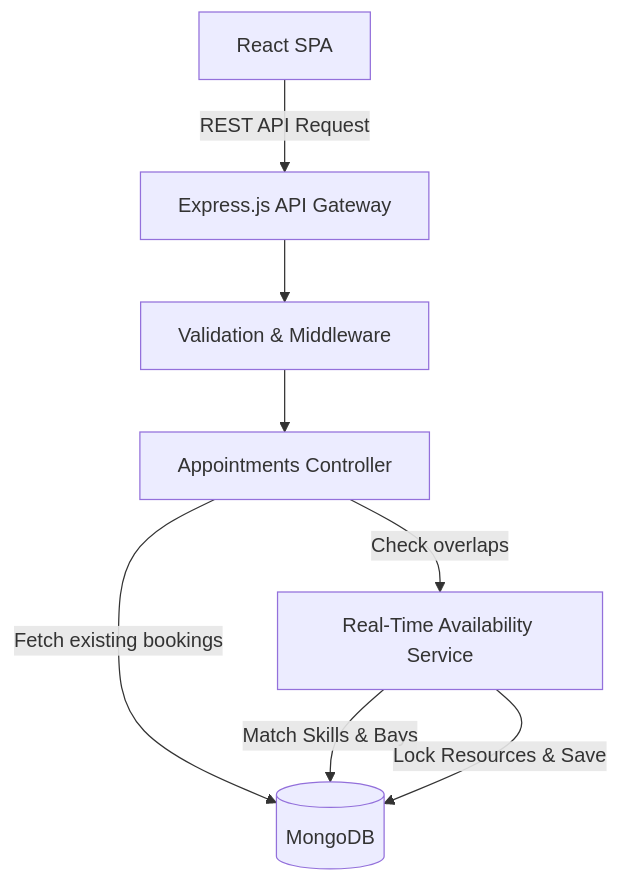
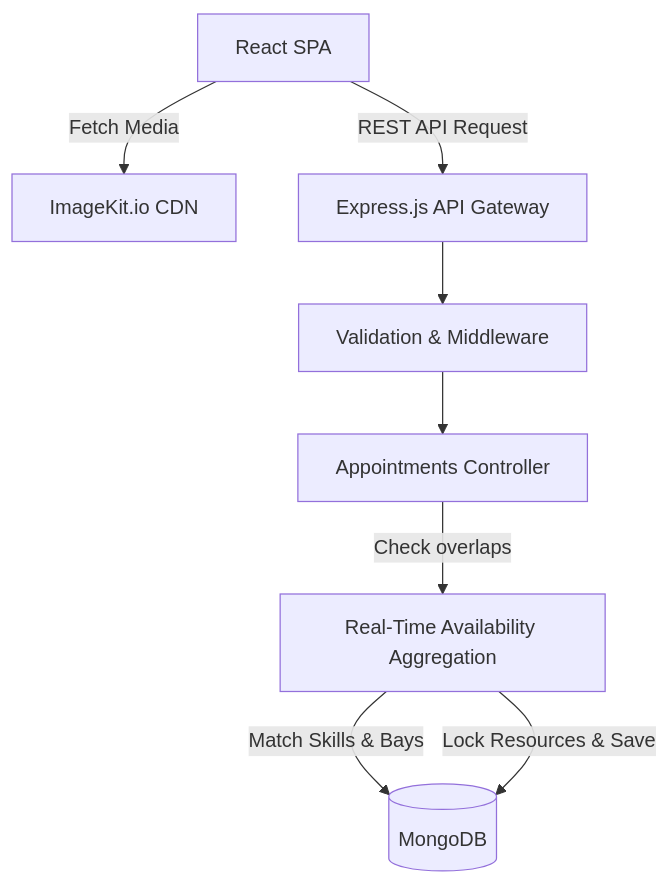
One commit to ThaiNgD/booking changed the diagram in README.md. Above: the diagram before and after it, drawn with Mermaid. The commit also changed other lines of this file, not shown here.

````diff
--- a/README.md
+++ b/README.md
@@ -39,12 +27,13 @@
 ```mermaid
 graph TD
-    Client[React SPA] -->|REST API Request| Gateway[Express.js API Gateway]
+    Client[React SPA] -->|Fetch Media| ImageKit[ImageKit.io CDN]
+    Client -->|REST API Request| Gateway[Express.js API Gateway]
+    
     Gateway --> AuthMiddleware[Validation & Middleware]
     AuthMiddleware --> BookingController[Appointments Controller]
     
-    BookingController -->|Fetch existing bookings| DB[(MongoDB)]
-    BookingController -->|Check overlaps| AvailabilityService[Real-Time Availability Service]
+    BookingController -->|Check overlaps| AvailabilityService[Real-Time Availability Aggregation]
     
-    AvailabilityService -->|Match Skills & Bays| DB
+    AvailabilityService -->|Match Skills & Bays| DB[(MongoDB)]
     AvailabilityService -->|Lock Resources & Save| DB
 ```
````
